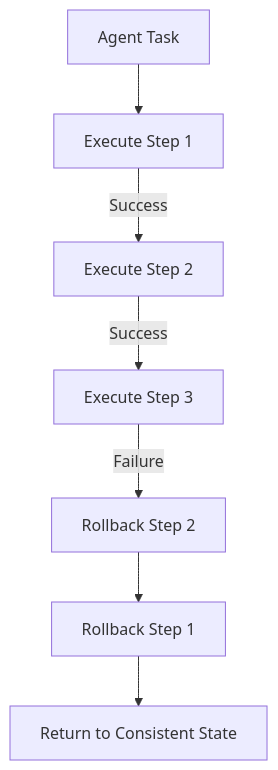
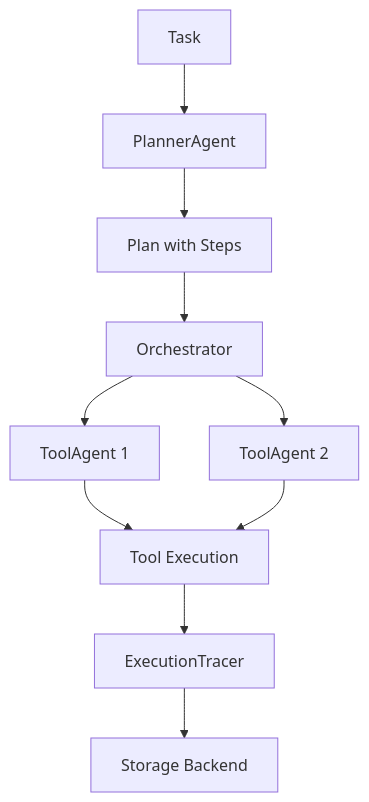
The diagram in README.md (hadywalied/agenthelm), drawn with Mermaid before and after one commit. The commit also changed other lines of this file and 13 other files, not shown here.

````diff
--- a/README.md
+++ b/README.md
@@ -262,11 +207,12 @@
 ```mermaid
-
 graph TD
-    A[Agent Task] --> B[Execute Step 1]
-    B -->|Success| C[Execute Step 2]
-    C -->|Success| D[Execute Step 3]
-    D -->|Failure| E[Rollback Step 2]
-    E --> F[Rollback Step 1]
-    F --> G[Return to Consistent State]
-
+    A[Task] --> B[PlannerAgent]
+    B --> C[Plan with Steps]
+    C --> D[Orchestrator]
+    D --> E[ToolAgent 1]
+    D --> F[ToolAgent 2]
+    E --> G[Tool Execution]
+    F --> G
+    G --> H[ExecutionTracer]
+    H --> I[Storage Backend]
 ```
````
